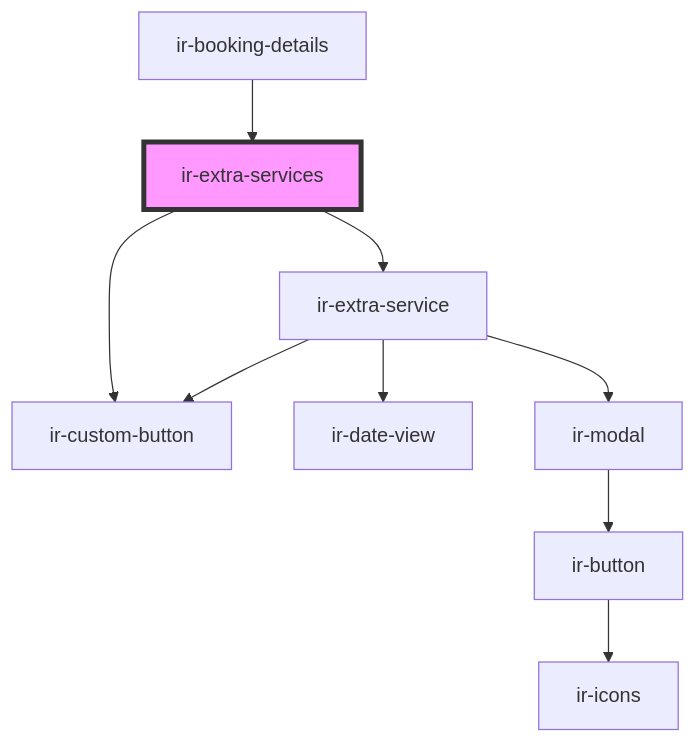
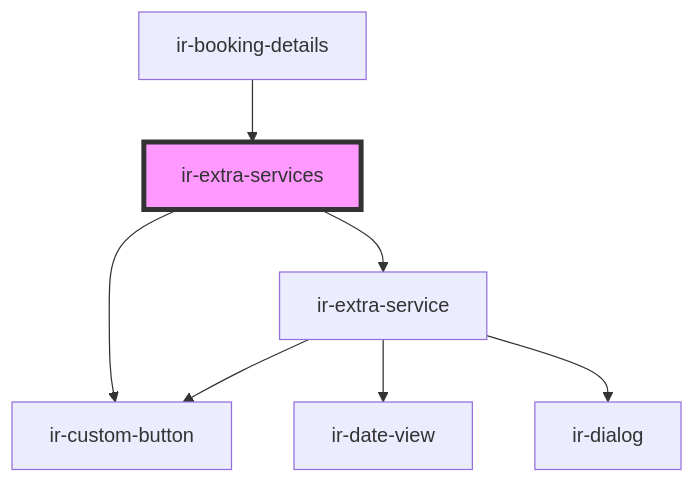
One commit to David1Chowaifaty/modified-ir-webcmp changed the diagram in src/components/ir-booking-details/ir-extra-services/readme.md. Above: the diagram before and after it, drawn with Mermaid. The commit also changed other lines of this file and 69 other files, not shown here.

````diff
--- a/src/components/ir-booking-details/ir-extra-services/readme.md
+++ b/src/components/ir-booking-details/ir-extra-services/readme.md
@@ -27,12 +27,10 @@
 ```mermaid
 graph TD;
   ir-extra-services --> ir-custom-button
   ir-extra-services --> ir-extra-service
   ir-extra-service --> ir-custom-button
   ir-extra-service --> ir-date-view
-  ir-extra-service --> ir-modal
-  ir-modal --> ir-button
-  ir-button --> ir-icons
+  ir-extra-service --> ir-dialog
   ir-booking-details --> ir-extra-services
   style ir-extra-services fill:#f9f,stroke:#333,stroke-width:4px
 ```
````
